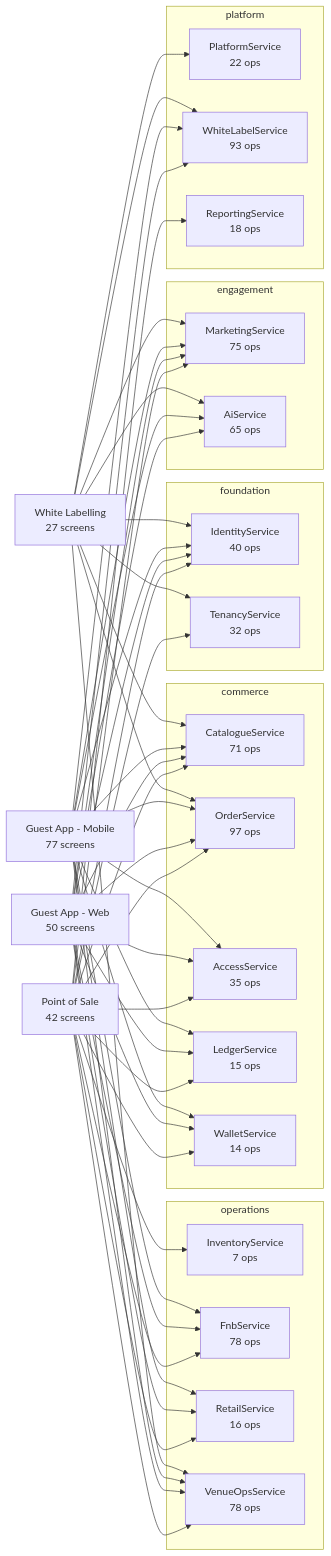
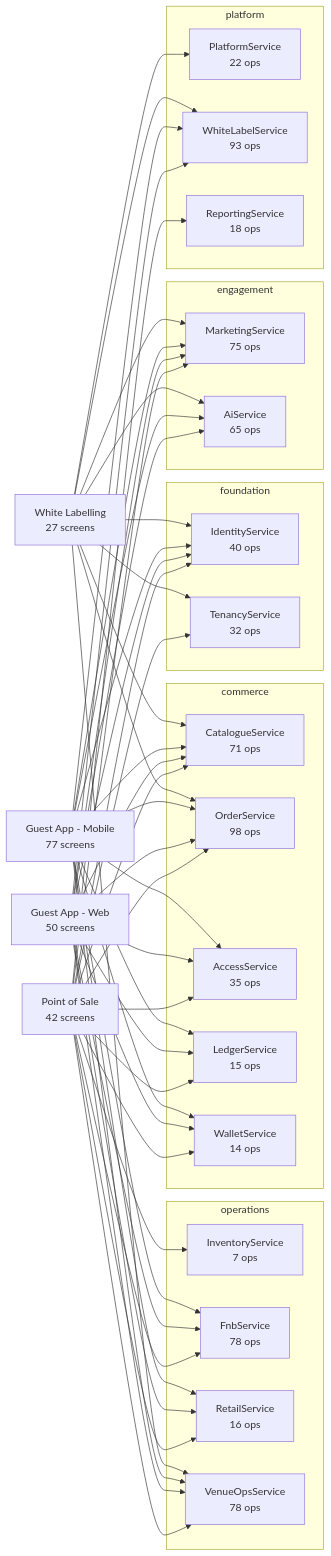
One commit to Diretide298/Solution_Architecture changed the diagram in ticvai/repos/ticvai-frontend/project-bible/handoff/service-docs/README.md. Above: the diagram before and after it, drawn with Mermaid. The commit also changed other lines of this file and 3280 other files, not shown here.

````diff
--- a/ticvai/repos/ticvai-frontend/project-bible/handoff/service-docs/README.md
+++ b/ticvai/repos/ticvai-frontend/project-bible/handoff/service-docs/README.md
@@ -9,79 +9,79 @@
 ```mermaid
 flowchart LR
   POS["Point of Sale<br/>42 screens"]
   WEB["Guest App - Web<br/>50 screens"]
   MOB["Guest App - Mobile<br/>77 screens"]
   WL["White Labelling<br/>27 screens"]
   subgraph foundation
     IdentityService["IdentityService<br/>40 ops"]
     TenancyService["TenancyService<br/>32 ops"]
   end
   subgraph commerce
     CatalogueService["CatalogueService<br/>71 ops"]
-    OrderService["OrderService<br/>97 ops"]
+    OrderService["OrderService<br/>98 ops"]
     AccessService["AccessService<br/>35 ops"]
     LedgerService["LedgerService<br/>15 ops"]
     WalletService["WalletService<br/>14 ops"]
   end
   subgraph operations
     InventoryService["InventoryService<br/>7 ops"]
     FnbService["FnbService<br/>78 ops"]
     RetailService["RetailService<br/>16 ops"]
     VenueOpsService["VenueOpsService<br/>78 ops"]
   end
   subgraph engagement
     MarketingService["MarketingService<br/>75 ops"]
     AiService["AiService<br/>65 ops"]
   end
   subgraph platform
     PlatformService["PlatformService<br/>22 ops"]
     WhiteLabelService["WhiteLabelService<br/>93 ops"]
     ReportingService["ReportingService<br/>18 ops"]
   end
   POS --> OrderService
   WEB --> OrderService
   MOB --> OrderService
   WL --> OrderService
   POS --> FnbService
   WEB --> FnbService
   MOB --> FnbService
   POS --> CatalogueService
   WEB --> CatalogueService
   MOB --> CatalogueService
   WL --> CatalogueService
   POS --> AccessService
   WEB --> AccessService
   MOB --> AccessService
   WL --> PlatformService
   POS --> MarketingService
   WEB --> MarketingService
   MOB --> MarketingService
   WL --> MarketingService
   POS --> VenueOpsService
   WEB --> VenueOpsService
   MOB --> VenueOpsService
   WL --> VenueOpsService
   POS --> TenancyService
   WL --> TenancyService
   POS --> ReportingService
   WEB --> WhiteLabelService
   MOB --> WhiteLabelService
   WL --> WhiteLabelService
   POS --> InventoryService
   POS --> IdentityService
   WEB --> IdentityService
   MOB --> IdentityService
   WL --> IdentityService
   POS --> RetailService
   WEB --> RetailService
   MOB --> RetailService
   WEB --> AiService
   MOB --> AiService
   WL --> AiService
   POS --> LedgerService
   WEB --> LedgerService
   MOB --> LedgerService
   POS --> WalletService
   WEB --> WalletService
   MOB --> WalletService
 ```
````
